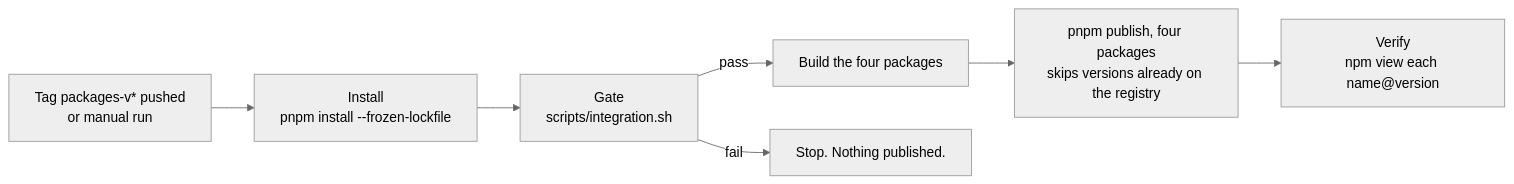
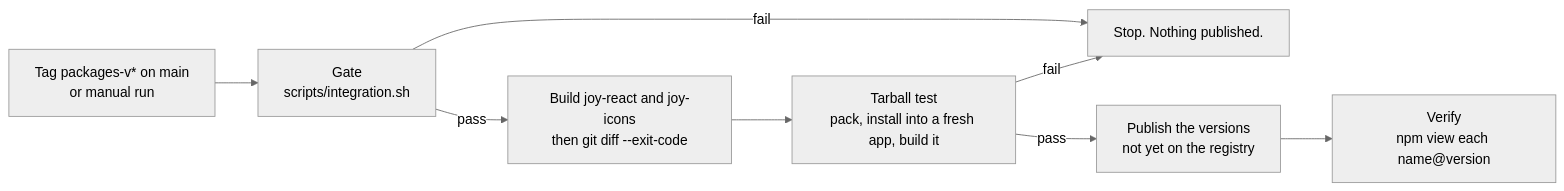
The diagram in .claude/idea_backlog/I-077-publish-joy-design-packages-to-github-pa/spec.md (montionugera/joy-design), drawn with Mermaid (neutral theme) before and after one commit. The commit also changed other lines of this file, not shown here.

Commit message:
docs(spec): I-077 apply independent audit findings (icons Svelte entry, files allowlists, licence notices, publish gate setup, tarball test)

````diff
--- a/.claude/idea_backlog/I-077-publish-joy-design-packages-to-github-pa/spec.md
+++ b/.claude/idea_backlog/I-077-publish-joy-design-packages-to-github-pa/spec.md
@@ -99,9 +120,10 @@
 ```mermaid
 flowchart LR
-  T["Tag packages-v* pushed<br/>or manual run"] --> I["Install<br/>pnpm install --frozen-lockfile"]
-  I --> G["Gate<br/>scripts/integration.sh"]
-  G -->|pass| B["Build the four packages"]
+  T["Tag packages-v* on main<br/>or manual run"] --> G["Gate<br/>scripts/integration.sh"]
   G -->|fail| X["Stop. Nothing published."]
-  B --> P["pnpm publish, four packages<br/>skips versions already on the registry"]
+  G -->|pass| B["Build joy-react and joy-icons<br/>then git diff --exit-code"]
+  B --> S["Tarball test<br/>pack, install into a fresh app, build it"]
+  S -->|fail| X
+  S -->|pass| P["Publish the versions<br/>not yet on the registry"]
   P --> V["Verify<br/>npm view each name@version"]
 ```
````
